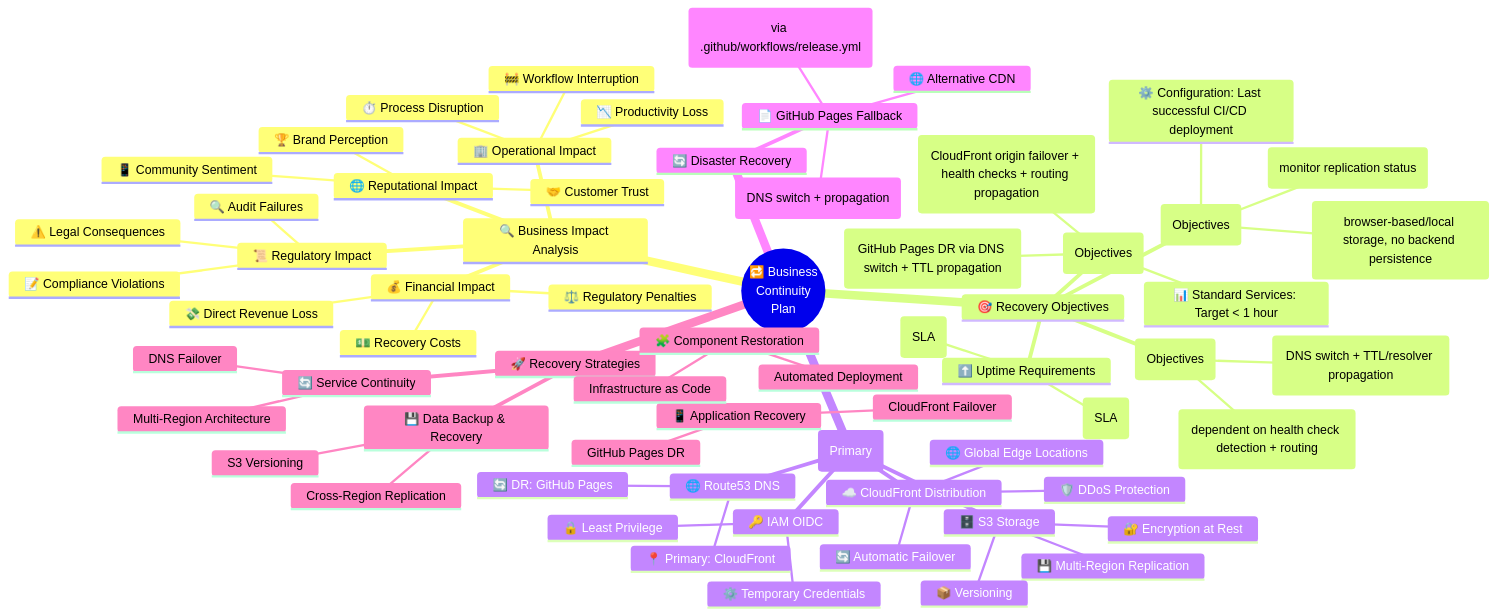
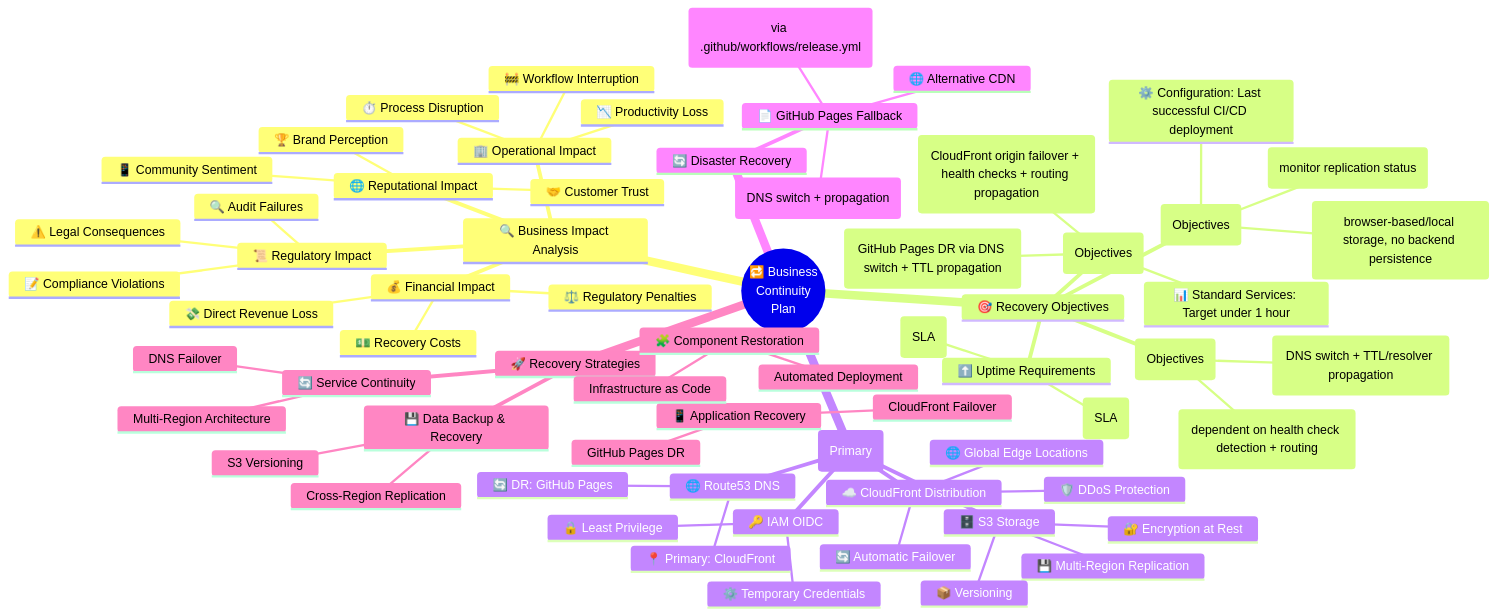
Before and after one commit to Hack23/cia-compliance-manager: the first of 33 diagrams in docs/architecture/BCPPlan.md, drawn with Mermaid. The commit also changed other lines of this file and 18 other files, not shown here.

````diff
--- a/docs/architecture/BCPPlan.md
+++ b/docs/architecture/BCPPlan.md
@@ -34,69 +34,69 @@
 ```mermaid
 mindmap
   root((🔁 Business<br>Continuity<br>Plan))
     🔍 Business Impact Analysis
       💰 Financial Impact
         💸 Direct Revenue Loss
         💵 Recovery Costs
         ⚖️ Regulatory Penalties
       🏢 Operational Impact
         ⏱️ Process Disruption
         📉 Productivity Loss
         🚧 Workflow Interruption
       🌐 Reputational Impact
         🤝 Customer Trust
         🏆 Brand Perception
         📱 Community Sentiment
       📜 Regulatory Impact
         📝 Compliance Violations
         🔍 Audit Failures
         ⚠️ Legal Consequences
     🎯 Recovery Objectives
       ⏱️ RTO - Recovery Time (Objectives)
         🚨 Critical Services: Target ~5 min (CloudFront origin failover + health checks + routing propagation)
         🔔 Important Services: Target ~15 min (GitHub Pages DR via DNS switch + TTL propagation)
-        📊 Standard Services: Target < 1 hour
+        📊 Standard Services: Target under 1 hour
       📊 RPO - Recovery Point (Objectives)
         💾 User Data: 0 (browser-based/local storage, no backend persistence)
         ⚙️ Configuration: Last successful CI/CD deployment
         🗄️ Historical Records: Asynchronous S3 CRR (monitor replication status)
       🔄 MTTR - Mean Time To Recover (Objectives)
         ☁️ CloudFront: Target ~5 min (dependent on health check detection + routing)
         📄 GitHub Pages DR: Target ~15 min (DNS switch + TTL/resolver propagation)
       ⬆️ Uptime Requirements
         ☁️ CloudFront: 99.9% (SLA)
         💾 S3 Multi-Region: 99.99% (SLA)
     🛡️ AWS Infrastructure (Primary)
       ☁️ CloudFront Distribution
         🌐 Global Edge Locations
         🔄 Automatic Failover
         🛡️ DDoS Protection
       🗄️ S3 Storage
         💾 Multi-Region Replication
         🔐 Encryption at Rest
         📦 Versioning
       🌐 Route53 DNS
         📍 Primary: CloudFront
         🔄 DR: GitHub Pages
       🔑 IAM OIDC
         ⚙️ Temporary Credentials
         🔒 Least Privilege
     🔄 Disaster Recovery
       📄 GitHub Pages Fallback
         🔄 Release-based Deployment (via .github/workflows/release.yml)
         📊 Target ~15 min RTO (DNS switch + propagation)
         🌐 Alternative CDN
     🚀 Recovery Strategies
       💾 Data Backup & Recovery
         S3 Versioning
         Cross-Region Replication
       📱 Application Recovery
         CloudFront Failover
         GitHub Pages DR
       🧩 Component Restoration
         Automated Deployment
         Infrastructure as Code
       🔄 Service Continuity
         Multi-Region Architecture
         DNS Failover
 ```
````
